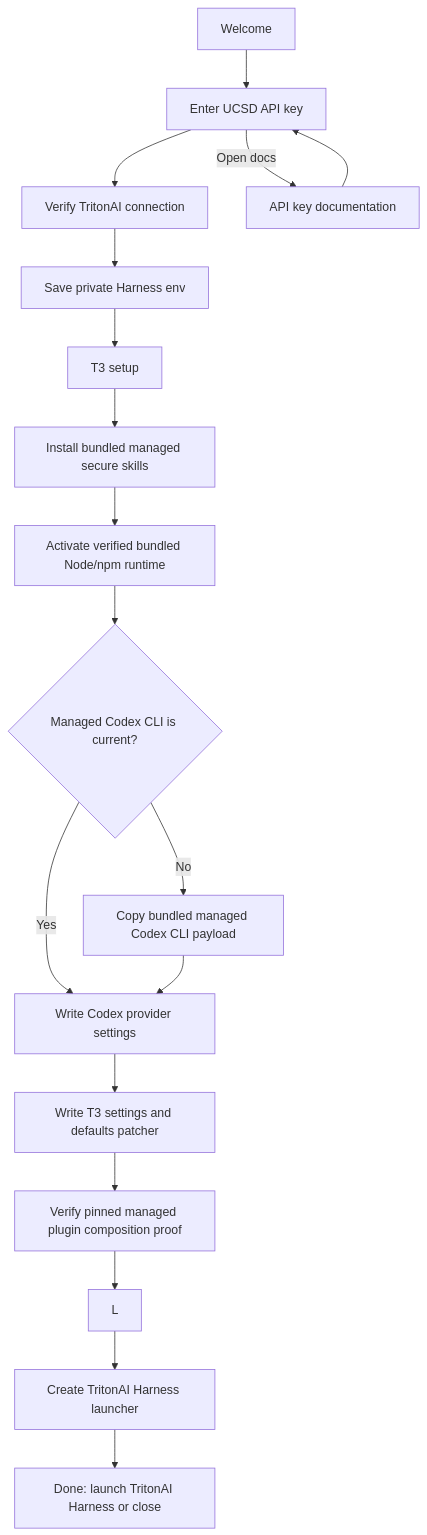
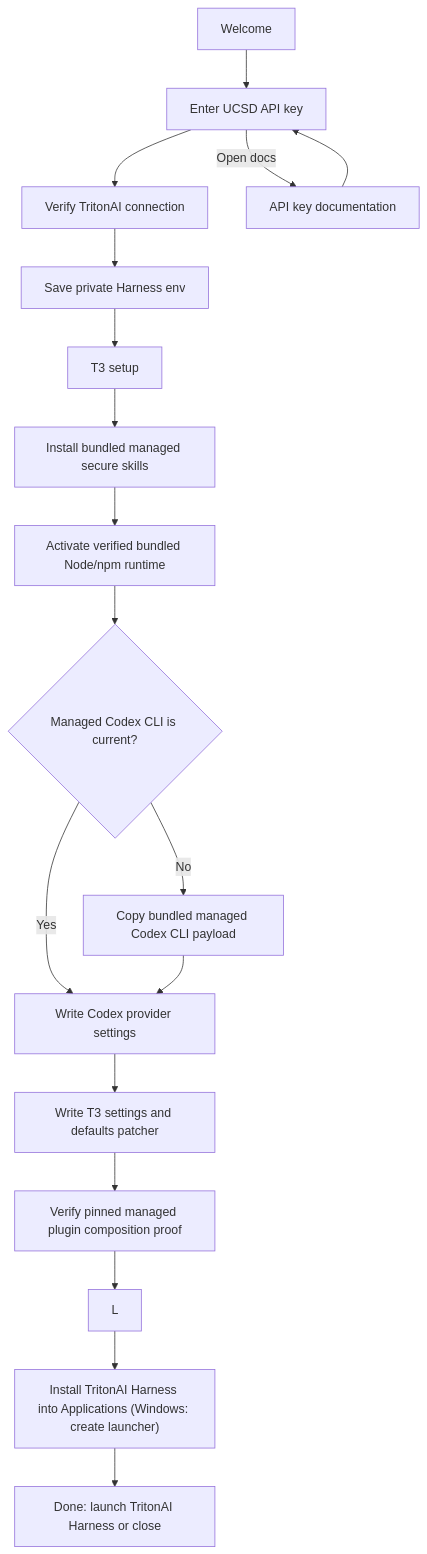
The diagram in docs/architecture.md (dbalders/TritonAI-Installer), drawn with Mermaid before and after one commit. The commit also changed other lines of this file and 13 other files, not shown here.

First line of the commit message:
fix(macos): install the signed Harness app directly into Applications (#114)

````diff
--- a/docs/architecture.md
+++ b/docs/architecture.md
@@ -9,20 +9,20 @@
 ```mermaid
 flowchart TD
   A["Welcome"] --> B["Enter UCSD API key"]
   B --> V["Verify TritonAI connection"]
   B -->|"Open docs"| D["API key documentation"]
   V --> C["Save private Harness env"]
   D --> B
   C --> E["T3 setup"]
   E --> S["Install bundled managed secure skills"]
   S --> F["Activate verified bundled Node/npm runtime"]
   F --> G{"Managed Codex CLI is current?"}
   G -->|"Yes"| J["Write Codex provider settings"]
   G -->|"No"| I["Copy bundled managed Codex CLI payload"]
   I --> J
   J --> K["Write T3 settings and defaults patcher"]
   K --> P["Verify pinned managed plugin composition proof"]
   P --> L
-  L --> M["Create TritonAI Harness launcher"]
+  L --> M["Install TritonAI Harness into Applications (Windows: create launcher)"]
   M --> N["Done: launch TritonAI Harness or close"]
 ```
````
